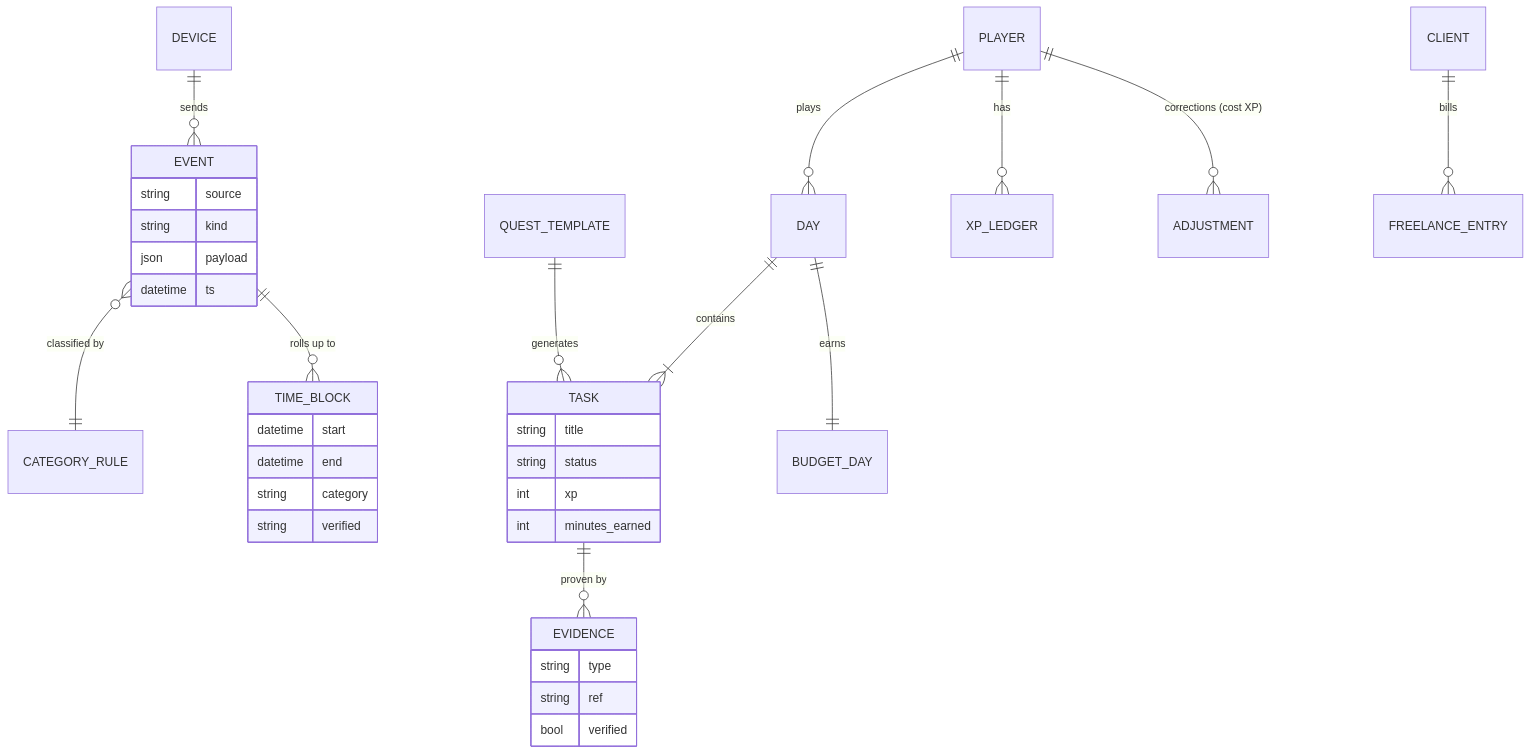
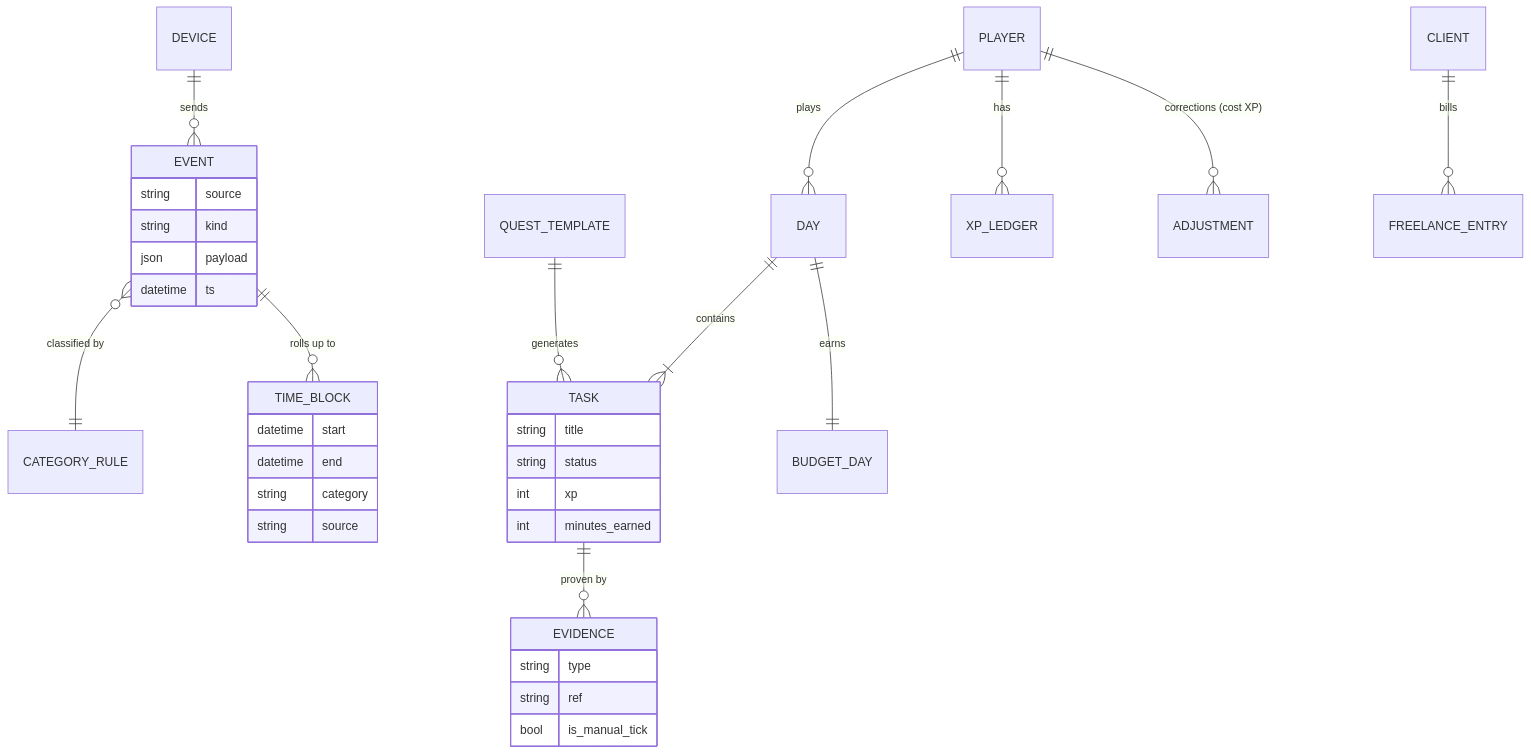
One commit to MSVhora/life-game changed the fourth of 6 diagrams in docs/ARCHITECTURE.md. Above: the diagram before and after it, drawn with Mermaid. The commit also changed other lines of this file and 11 other files, not shown here.

````diff
--- a/docs/ARCHITECTURE.md
+++ b/docs/ARCHITECTURE.md
@@ -82,37 +82,37 @@
 ```mermaid
 erDiagram
   DEVICE ||--o{ EVENT : sends
   EVENT }o--|| CATEGORY_RULE : "classified by"
   EVENT ||--o{ TIME_BLOCK : "rolls up to"
   DAY ||--|{ TASK : contains
   TASK ||--o{ EVIDENCE : "proven by"
   QUEST_TEMPLATE ||--o{ TASK : generates
   DAY ||--|| BUDGET_DAY : earns
   PLAYER ||--o{ DAY : plays
   PLAYER ||--o{ XP_LEDGER : has
   PLAYER ||--o{ ADJUSTMENT : "corrections (cost XP)"
   CLIENT ||--o{ FREELANCE_ENTRY : bills
   EVENT {
     string source
     string kind
     json payload
     datetime ts
   }
   TIME_BLOCK {
     datetime start
     datetime end
     string category
-    string verified
+    string source
   }
   TASK {
     string title
     string status
     int xp
     int minutes_earned
   }
   EVIDENCE {
     string type
     string ref
-    bool verified
+    bool is_manual_tick
   }
 ```
````
